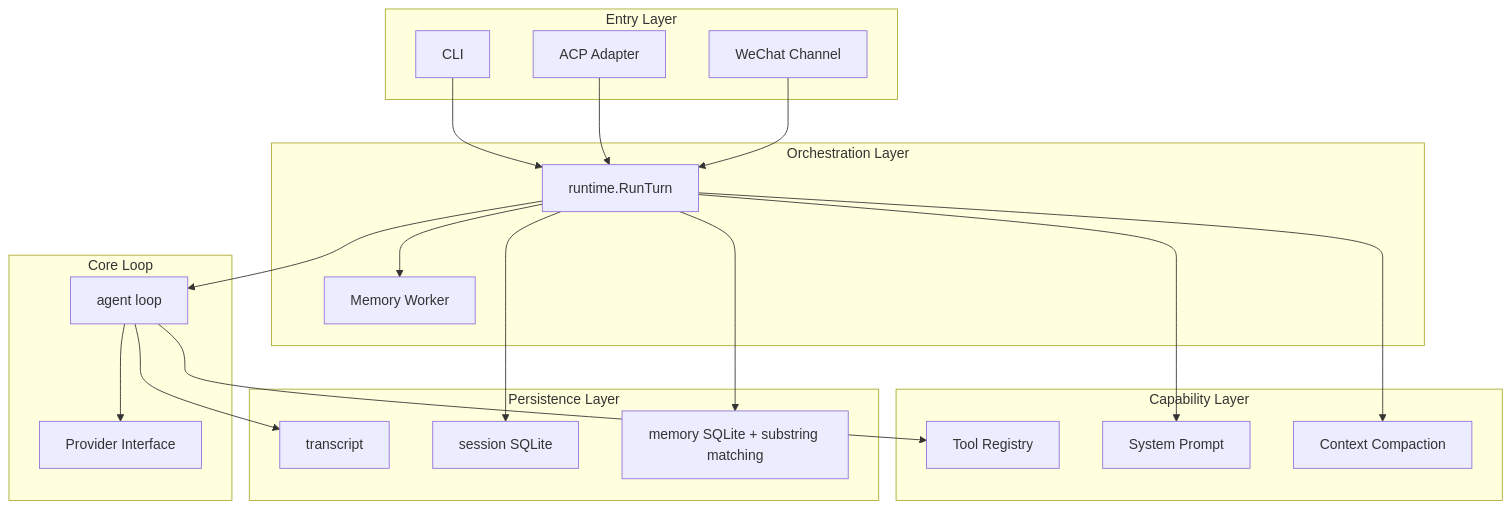
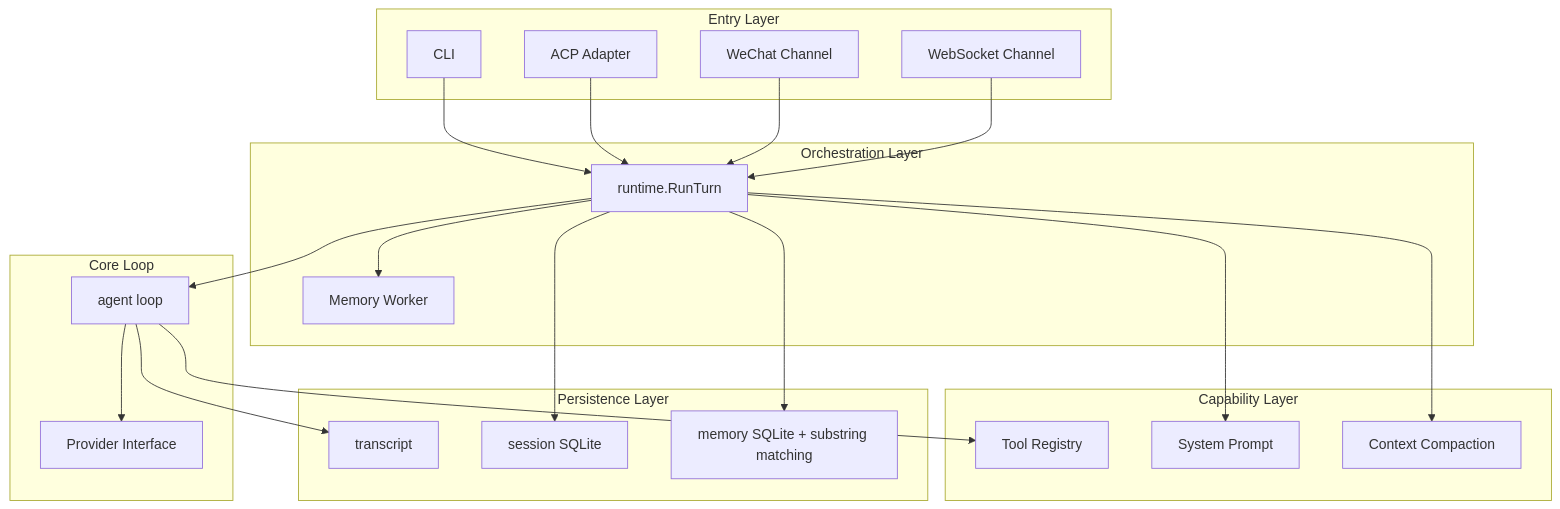
The first of 2 diagrams in docs/architecture.md (gvenusleo/Atlas), drawn with Mermaid before and after one commit. The commit also changed 9 other files, not shown here.

````diff
--- a/docs/architecture.md
+++ b/docs/architecture.md
@@ -9,43 +9,45 @@
 ```mermaid
 graph TD
     subgraph Entry Layer
         CLI[CLI]
         ACP[ACP Adapter]
         WX[WeChat Channel]
+        WS[WebSocket Channel]
     end
 
     subgraph Orchestration Layer
         RT[runtime.RunTurn]
         MW[Memory Worker]
     end
 
     subgraph Core Loop
         AG[agent loop]
         PR[Provider Interface]
     end
 
     subgraph Capability Layer
         TOOLS[Tool Registry]
         PRMPT[System Prompt]
         CMP[Context Compaction]
     end
 
     subgraph Persistence Layer
         TR[transcript]
         SS[session SQLite]
         MS[memory SQLite + substring matching]
     end
 
     CLI --> RT
     ACP --> RT
     WX --> RT
+    WS --> RT
     RT --> AG
     RT --> MW
     AG --> PR
     AG --> TOOLS
     RT --> PRMPT
     RT --> CMP
     RT --> MS
     AG --> TR
     RT --> SS
 ```
````
